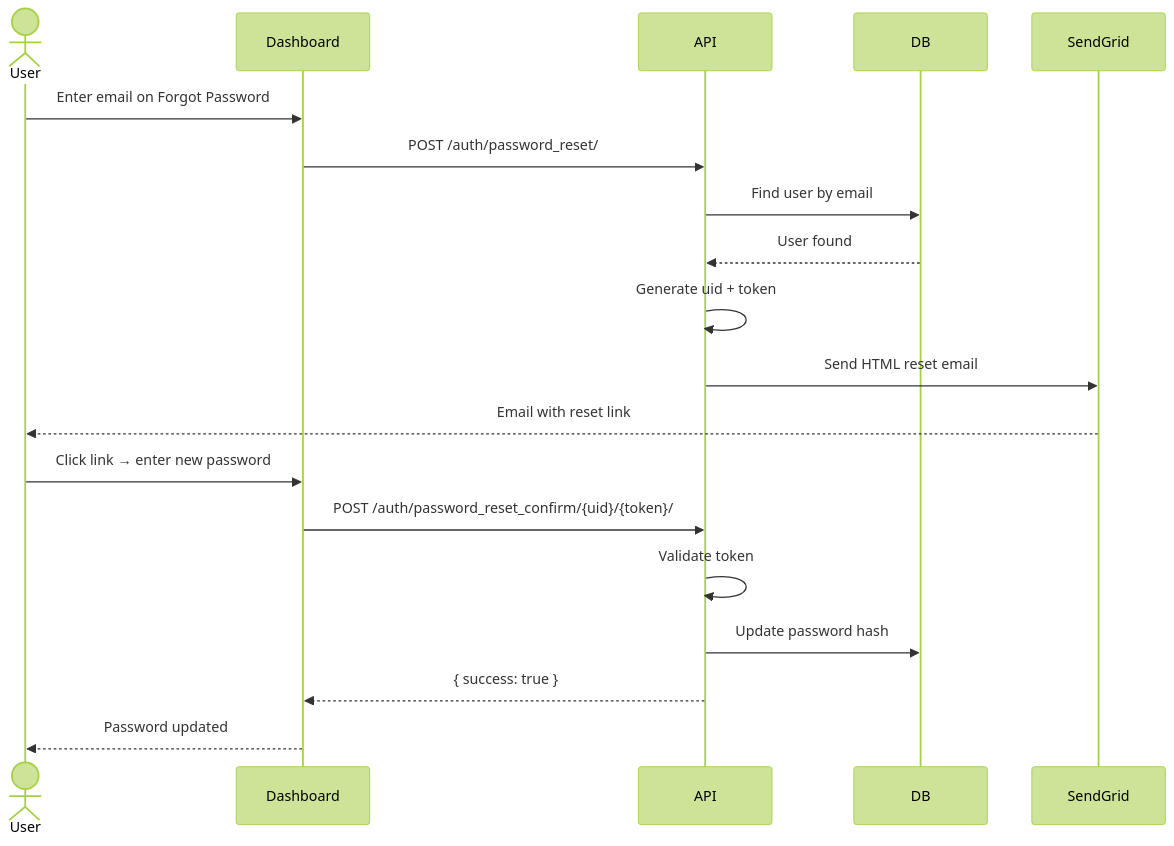
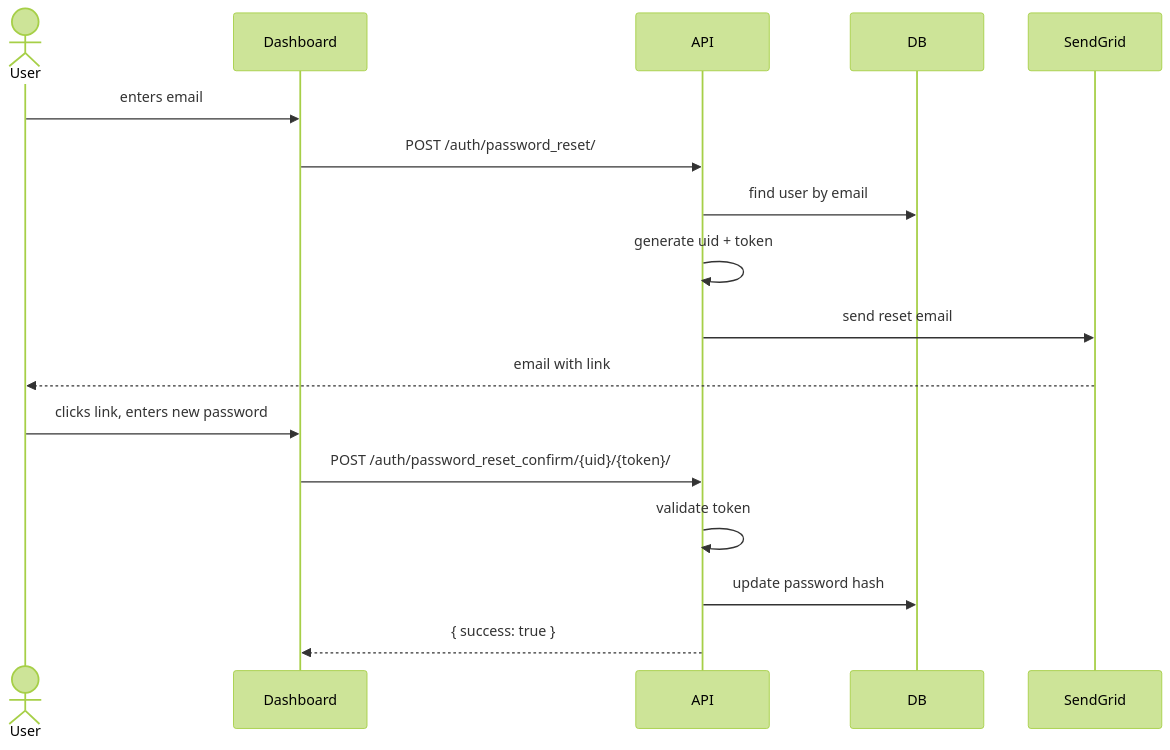
Before and after one commit to salmakhalill/Python-Sec-Sandbox: the third of 3 diagrams in test.md, drawn with Mermaid (forest theme). The commit also changed other lines of this file, not shown here.

First line of the commit message:
Revise test.md with new diagrams and content updates

````diff
--- a/test.md
+++ b/test.md
@@ -314,23 +51,21 @@
 ```mermaid
 sequenceDiagram
     actor User
-    participant React as Dashboard
-    participant API as API
+    participant Dashboard
+    participant API
     participant DB
     participant SG as SendGrid
 
-    User->>React: Enter email on Forgot Password
-    React->>API: POST /auth/password_reset/
-    API->>DB: Find user by email
-    DB-->>API: User found
-    API->>API: Generate uid + token
-    API->>SG: Send HTML reset email
-    SG-->>User: Email with reset link
+    User->>Dashboard: enters email
+    Dashboard->>API: POST /auth/password_reset/
+    API->>DB: find user by email
+    API->>API: generate uid + token
+    API->>SG: send reset email
+    SG-->>User: email with link
 
-    User->>React: Click link → enter new password
-    React->>API: POST /auth/password_reset_confirm/{uid}/{token}/
-    API->>API: Validate token
-    API->>DB: Update password hash
-    API-->>React: { success: true }
-    React-->>User: Password updated
+    User->>Dashboard: clicks link, enters new password
+    Dashboard->>API: POST /auth/password_reset_confirm/{uid}/{token}/
+    API->>API: validate token
+    API->>DB: update password hash
+    API-->>Dashboard: { success: true }
 ```
````
